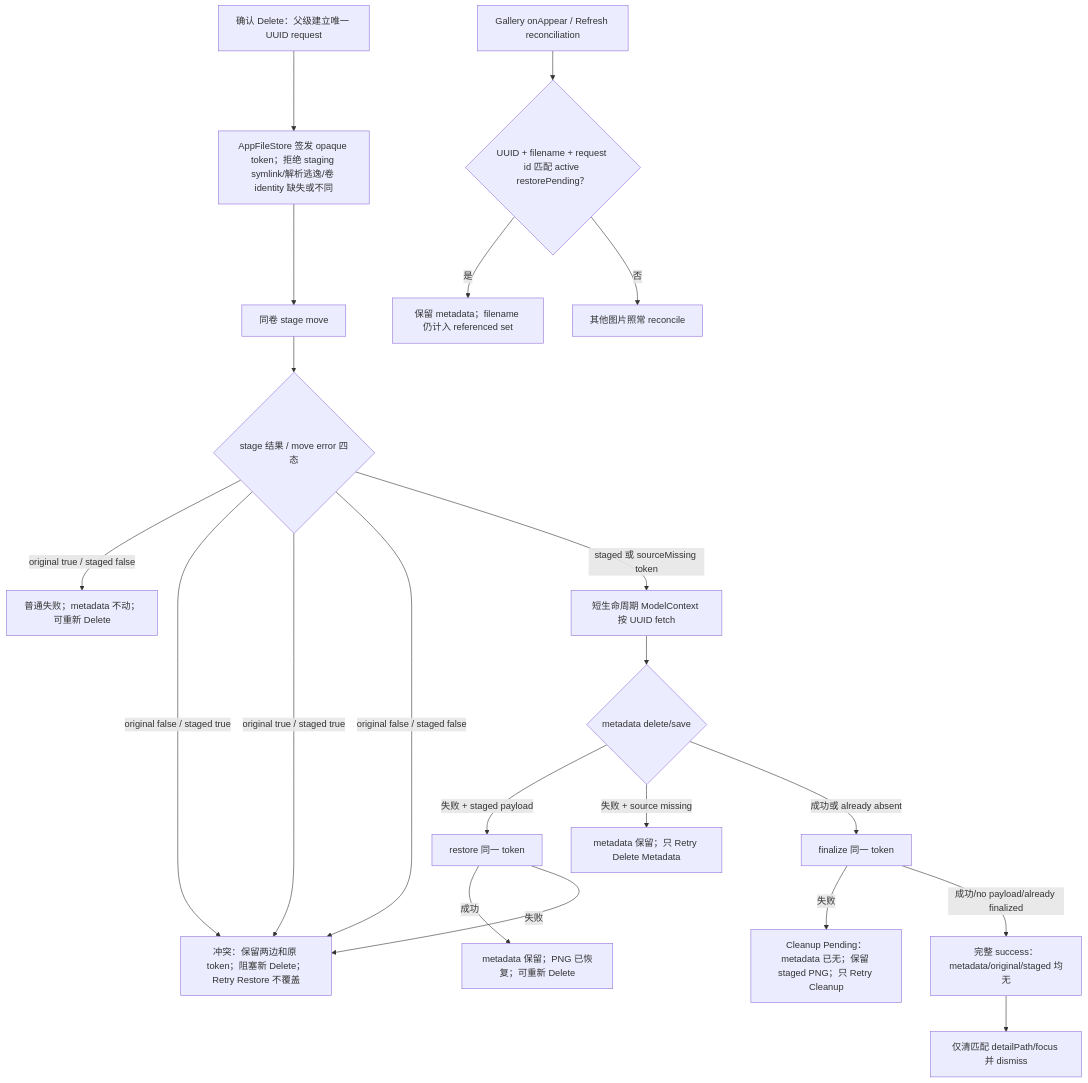
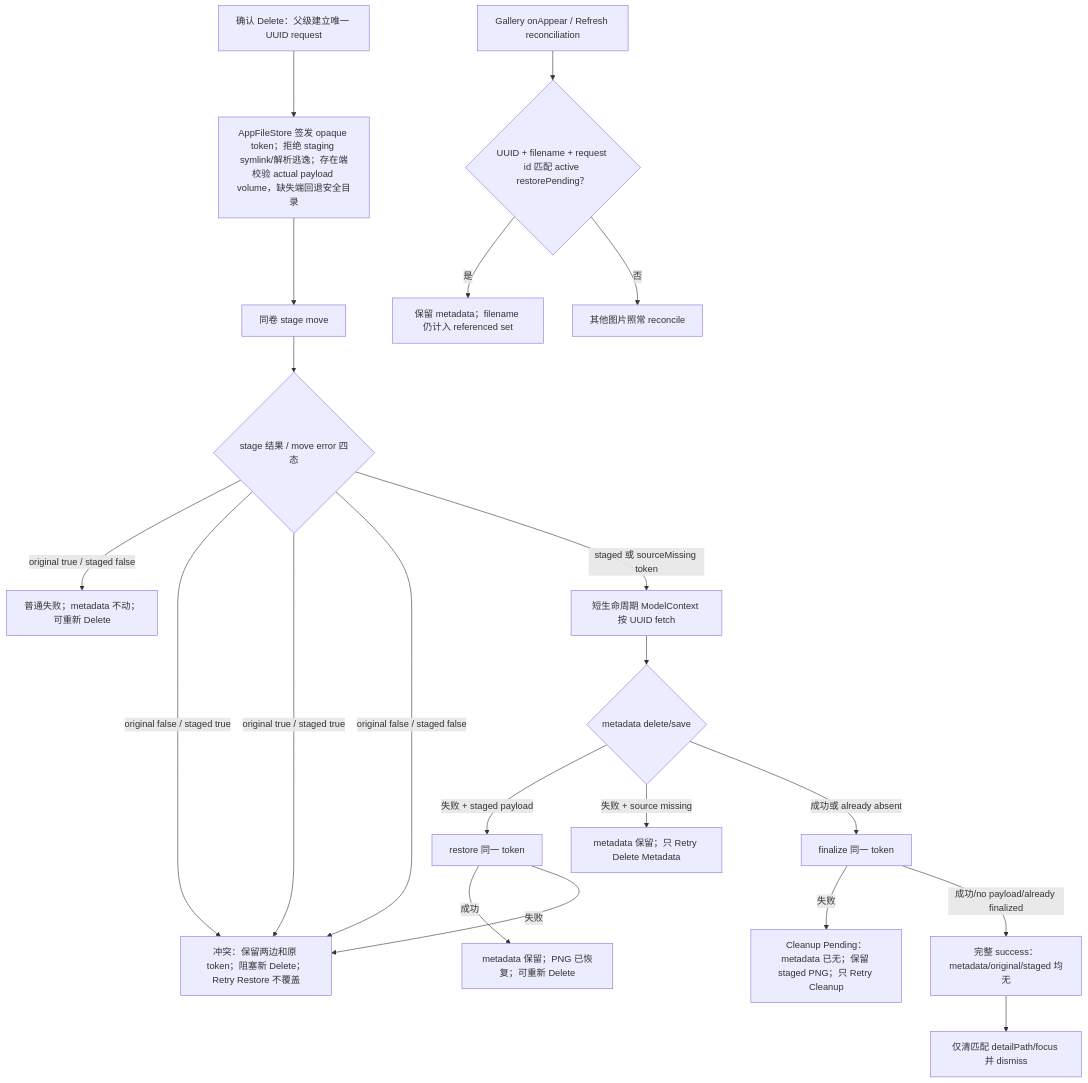
One commit to Altman-sam114/118 changed the third of 8 diagrams in md/flow/flowchart.md. Above: the diagram before and after it, drawn with Mermaid. The commit also changed 4 other files, not shown here.

````diff
--- a/md/flow/flowchart.md
+++ b/md/flow/flowchart.md
@@ -77,23 +77,23 @@
 ```mermaid
 flowchart TD
-  A["确认 Delete：父级建立唯一 UUID request"] --> B["AppFileStore 签发 opaque token；拒绝 staging symlink/解析逃逸/卷 identity 缺失或不同"]
+  A["确认 Delete：父级建立唯一 UUID request"] --> B["AppFileStore 签发 opaque token；拒绝 staging symlink/解析逃逸；存在端校验 actual payload volume，缺失端回退安全目录"]
   B --> M["同卷 stage move"]
   M --> C{"stage 结果 / move error 四态"}
   C -- "original true / staged false" --> SF["普通失败；metadata 不动；可重新 Delete"]
   C -- "original false / staged true" --> RP["Restore Pending：保留原 token；只 Retry Restore"]
   C -- "original true / staged true" --> RP["冲突：保留两边和原 token；阻塞新 Delete；Retry Restore 不覆盖"]
   C -- "original false / staged false" --> RP
   C -- "staged 或 sourceMissing token" --> D["短生命周期 ModelContext 按 UUID fetch"]
   AP["Gallery onAppear / Refresh reconciliation"] --> G{"UUID + filename + request id 匹配 active restorePending？"}
   G -- "是" --> KP["保留 metadata；filename 仍计入 referenced set"]
   G -- "否" --> NR["其他图片照常 reconcile"]
   D --> E{"metadata delete/save"}
   E -- "失败 + staged payload" --> R["restore 同一 token"]
   R -- "成功" --> RF["metadata 保留；PNG 已恢复；可重新 Delete"]
   R -- "失败" --> RP
   E -- "失败 + source missing" --> MF["metadata 保留；只 Retry Delete Metadata"]
   E -- "成功或 already absent" --> F["finalize 同一 token"]
   F -- "失败" --> CP["Cleanup Pending：metadata 已无；保留 staged PNG；只 Retry Cleanup"]
   F -- "成功/no payload/already finalized" --> S["完整 success：metadata/original/staged 均无"]
   S --> N["仅清匹配 detailPath/focus 并 dismiss"]
 ```
````
